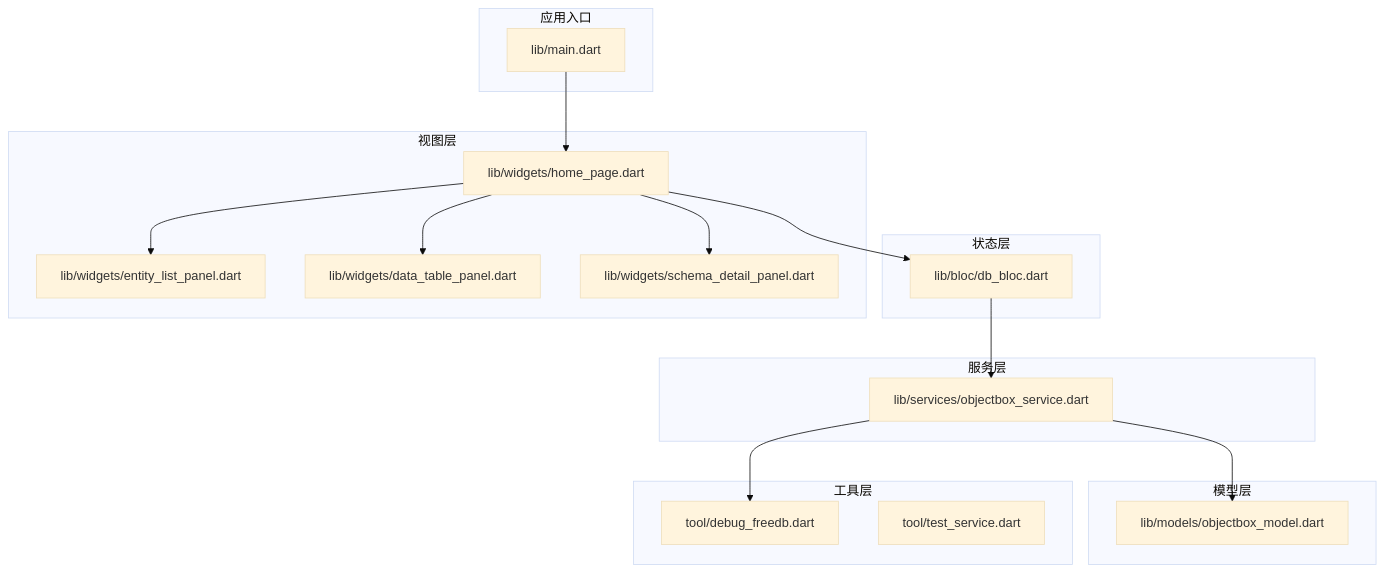
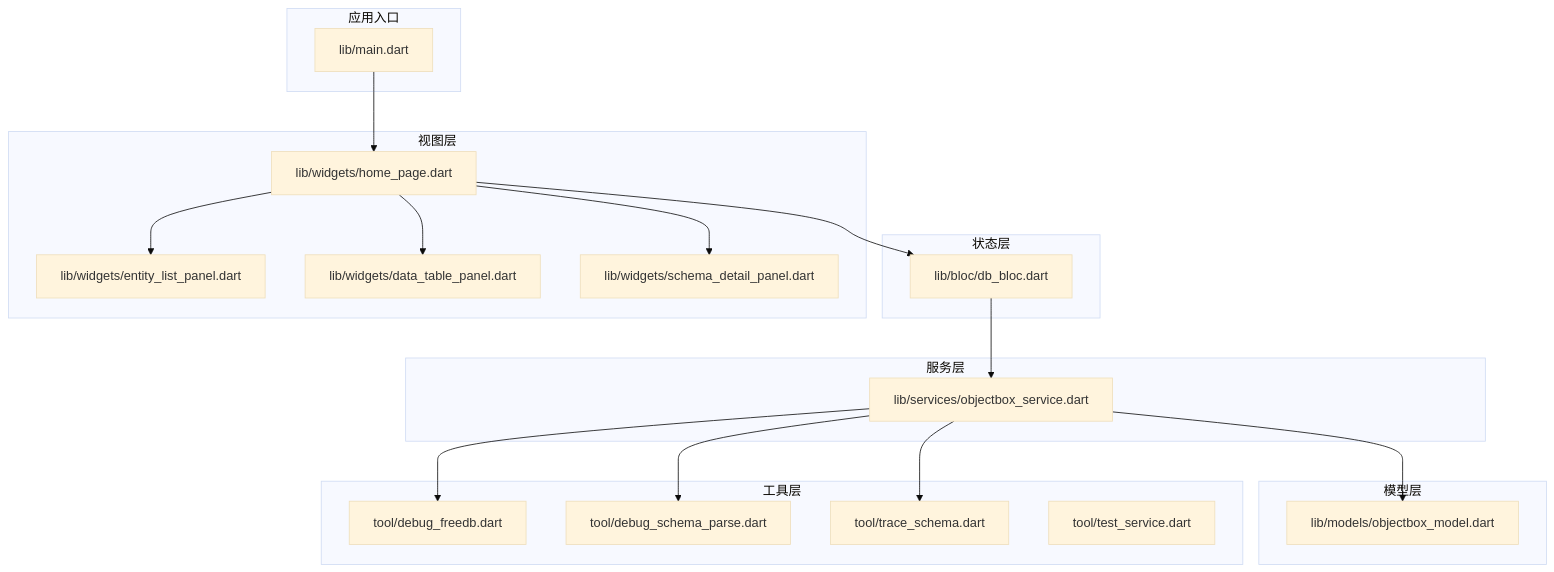
The first of 7 diagrams in .qoder/repowiki/zh/content/架构设计/服务层架构.md (kongpf8848/objectbox_viewer), drawn with Mermaid (base theme) before and after one commit. The commit also changed other lines of this file and 8 other files, not shown here.

````diff
--- a/.qoder/repowiki/zh/content/架构设计/服务层架构.md
+++ b/.qoder/repowiki/zh/content/架构设计/服务层架构.md
@@ -52,33 +55,37 @@
 ```mermaid
 graph TB
 subgraph "应用入口"
 MAIN["lib/main.dart"]
 end
 subgraph "状态层"
 BLOC["lib/bloc/db_bloc.dart"]
 end
 subgraph "服务层"
 SVC["lib/services/objectbox_service.dart"]
 end
 subgraph "模型层"
 MODEL["lib/models/objectbox_model.dart"]
 end
 subgraph "视图层"
 HOME["lib/widgets/home_page.dart"]
 ENTITY_LIST["lib/widgets/entity_list_panel.dart"]
 DATA_TABLE["lib/widgets/data_table_panel.dart"]
 SCHEMA_DETAIL["lib/widgets/schema_detail_panel.dart"]
 end
 subgraph "工具层"
 DEBUG_FREEDB["tool/debug_freedb.dart"]
+DEBUG_SCHEMA["tool/debug_schema_parse.dart"]
+TRACE_SCHEMA["tool/trace_schema.dart"]
 TEST_SERVICE["tool/test_service.dart"]
 end
 MAIN --> HOME
 HOME --> BLOC
 BLOC --> SVC
 SVC --> MODEL
 SVC --> DEBUG_FREEDB
+SVC --> DEBUG_SCHEMA
+SVC --> TRACE_SCHEMA
 HOME --> ENTITY_LIST
 HOME --> DATA_TABLE
 HOME --> SCHEMA_DETAIL
 ```
````
